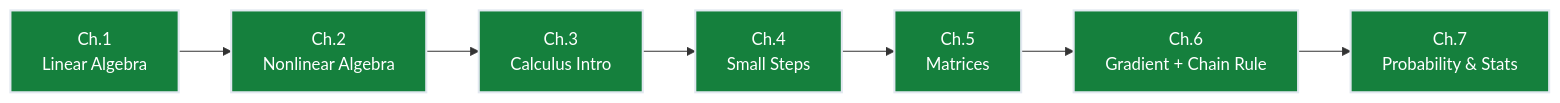
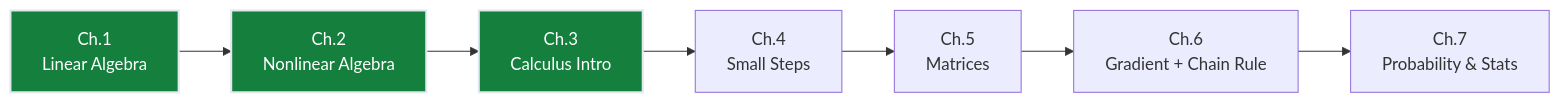
The diagram in notes/00-math-under-the-hood/ch03_calculus_intro/README.md (dsgouda7/ai-portfolio), drawn with Mermaid before and after one commit. The commit also changed other lines of this file and 98 other files, not shown here.

````diff
--- a/notes/00-math-under-the-hood/ch03_calculus_intro/README.md
+++ b/notes/00-math-under-the-hood/ch03_calculus_intro/README.md
@@ -494,14 +494,14 @@
 ```mermaid
 graph LR
  C1["Ch.1\nLinear Algebra"]:::done
  C2["Ch.2\nNonlinear Algebra"]:::done
  C3["Ch.3\nCalculus Intro"]:::done
- C4["Ch.4\nSmall Steps"]:::done
- C5["Ch.5\nMatrices"]:::done
- C6["Ch.6\nGradient + Chain Rule"]:::done
- C7["Ch.7\nProbability & Stats"]:::done
+ C4["Ch.4\nSmall Steps"]
+ C5["Ch.5\nMatrices"]
+ C6["Ch.6\nGradient + Chain Rule"]
+ C7["Ch.7\nProbability & Stats"]
  C1 --> C2 --> C3 --> C4 --> C5 --> C6 --> C7
  classDef done fill:#15803d,stroke:#e2e8f0,stroke-width:2px,color:#ffffff
  classDef current fill:#1d4ed8,stroke:#e2e8f0,stroke-width:2px,color:#ffffff
  classDef upcoming fill:#1e3a8a,stroke:#e2e8f0,stroke-width:2px,color:#ffffff
 ```
````
